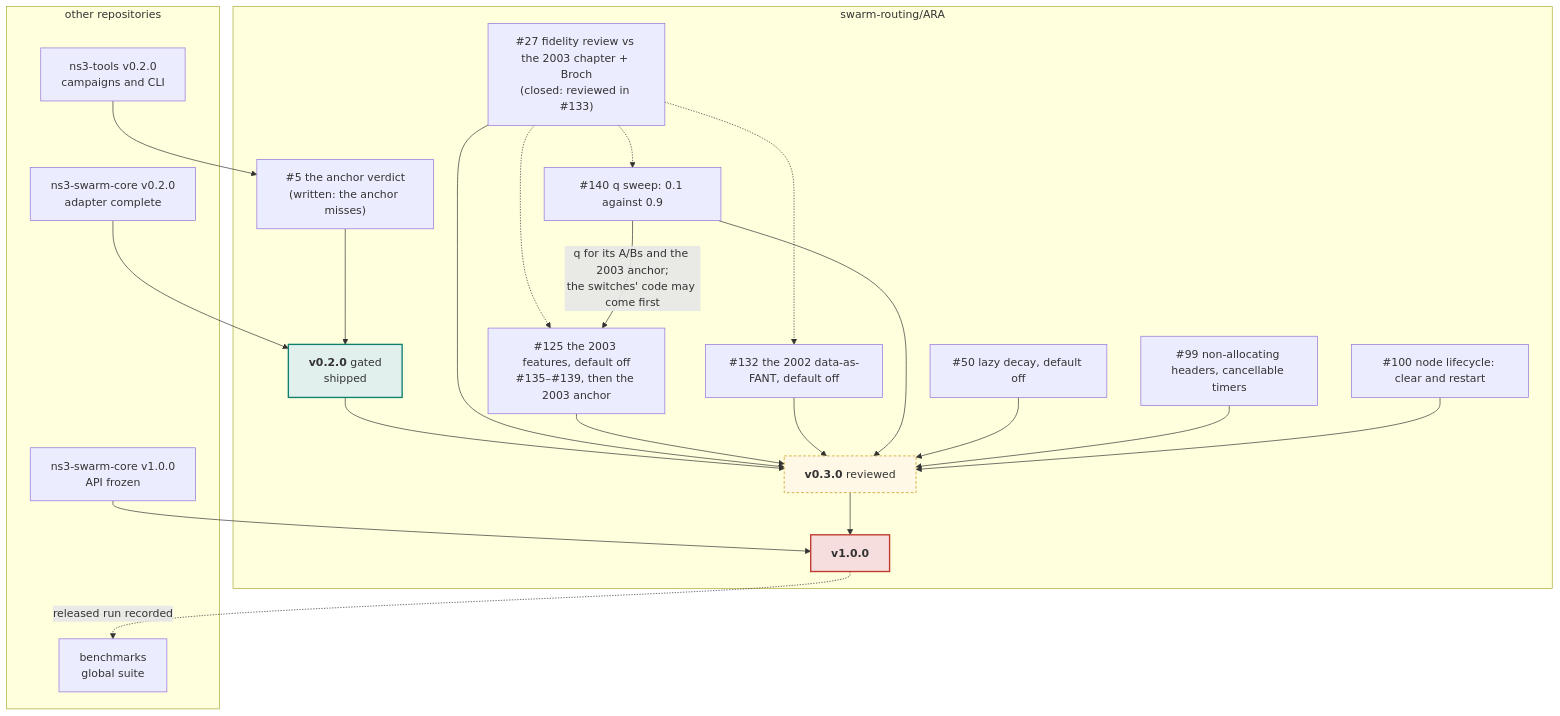
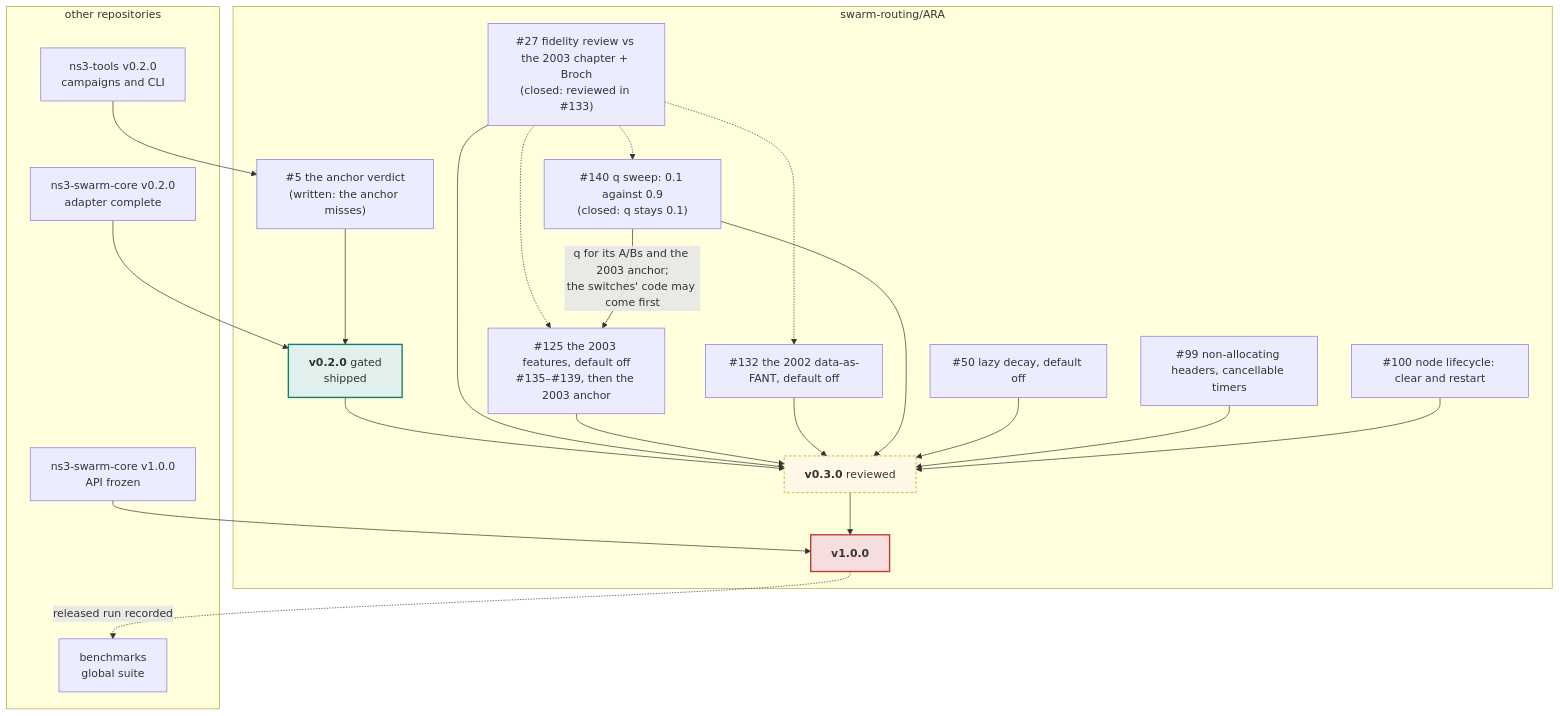
Before and after one commit to swarm-routing/ARA: the second of 2 diagrams in docs/roadmap.md, drawn with Mermaid. The commit also changed other lines of this file and 3 other files, not shown here.

````diff
--- a/docs/roadmap.md
+++ b/docs/roadmap.md
@@ -68,45 +68,45 @@
 ```mermaid
 flowchart TB
     subgraph ARA["swarm-routing/ARA"]
         I5["#5 the anchor verdict<br/>(written: the anchor misses)"]
         I27["#27 fidelity review vs the 2003 chapter + Broch<br/>(closed: reviewed in #133)"]
         I125["#125 the 2003 features, default off<br/>#135–#139, then the 2003 anchor"]
         I132["#132 the 2002 data-as-FANT, default off"]
-        I140["#140 q sweep: 0.1 against 0.9"]
+        I140["#140 q sweep: 0.1 against 0.9<br/>(closed: q stays 0.1)"]
         I50["#50 lazy decay, default off"]
         I99["#99 non-allocating headers, cancellable timers"]
         I100["#100 node lifecycle: clear and restart"]
         V02["<b>v0.2.0</b> gated<br/>shipped"]
         V03["<b>v0.3.0</b> reviewed"]
         V10["<b>v1.0.0</b>"]
     end
     subgraph XR["other repositories"]
         T02["ns3-tools v0.2.0<br/>campaigns and CLI"]
         S02["ns3-swarm-core v0.2.0<br/>adapter complete"]
         S10["ns3-swarm-core v1.0.0<br/>API frozen"]
         BM["benchmarks<br/>global suite"]
     end
 
     I5 --> V02
     T02 --> I5
     S02 --> V02
     V02 --> V03
     I27 --> V03
     I27 -.-> I125
     I27 -.-> I132
     I27 -.-> I140
     I140 -->|"q for its A/Bs and the 2003 anchor;<br/>the switches' code may come first"| I125
     I125 --> V03
     I132 --> V03
     I140 --> V03
     I50 --> V03
     I99 --> V03
     I100 --> V03
     V03 --> V10
     S10 --> V10
     V10 -.->|"released run recorded"| BM
 
     style V02 fill:#e2f0ed,stroke:#0f7f70,stroke-width:2px
     style V03 fill:#fff8e6,stroke:#c48f00,stroke-dasharray:4 3
     style V10 fill:#f6dede,stroke:#c0392b,stroke-width:2px
 ```
````
